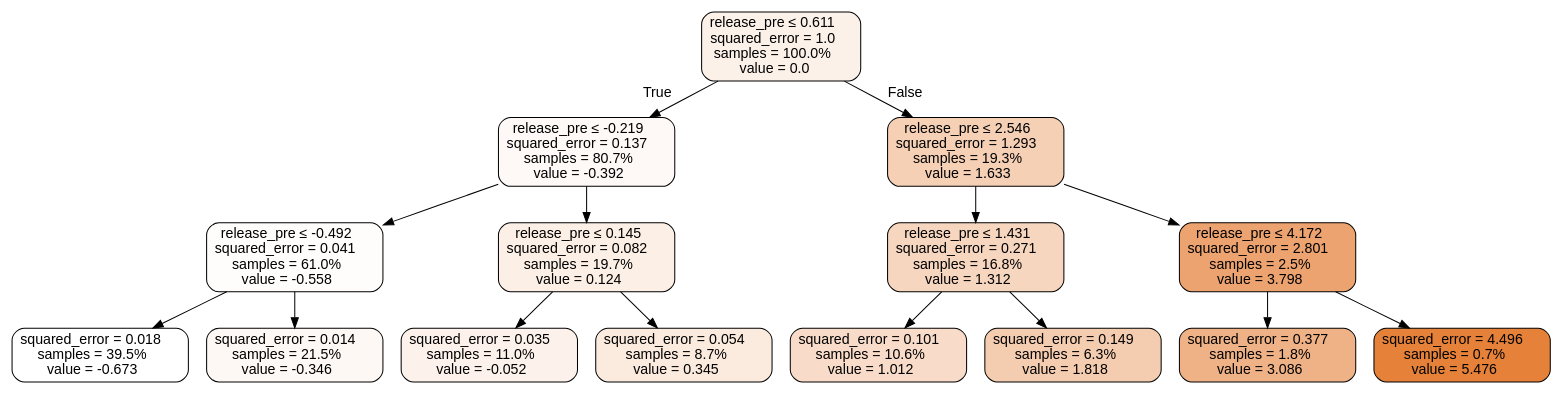
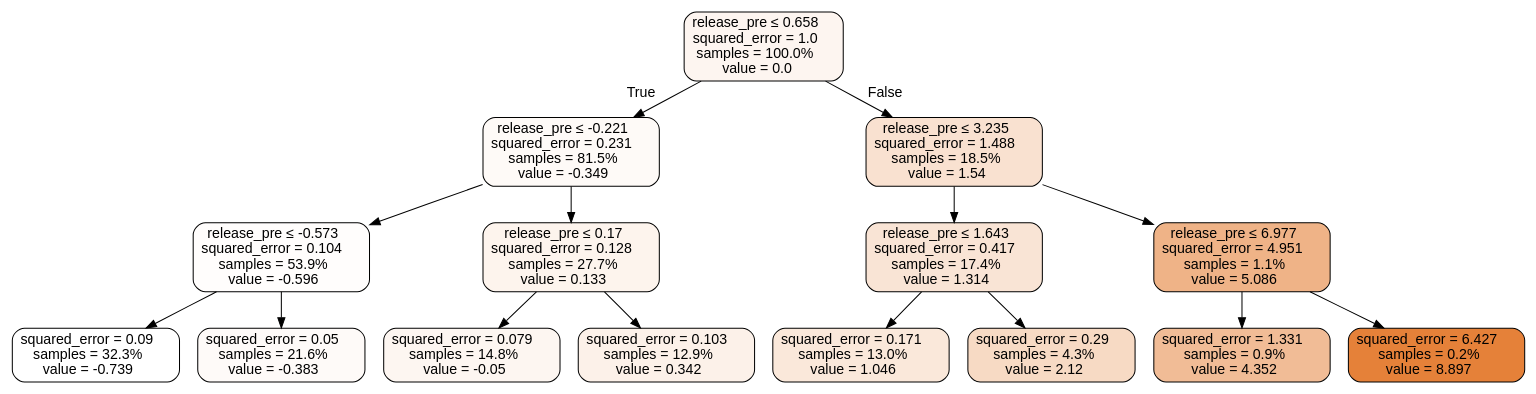
One commit to lcford2/predict-release changed the diagram in results/basin_eval/missouri/treed_model/tree.dot. Above: the diagram before and after it, drawn with Graphviz. The commit also changed 33 other files, not shown here.

```diff
--- a/results/basin_eval/missouri/treed_model/tree.dot
+++ b/results/basin_eval/missouri/treed_model/tree.dot
@@ -1,33 +1,33 @@
 digraph Tree {
 node [shape=box, style="filled, rounded", color="black", fontname="helvetica"] ;
 edge [fontname="helvetica"] ;
-0 [label=<release_pre &le; 0.611<br/>squared_error = 1.0<br/>samples = 100.0%<br/>value = 0.0>, fillcolor="#fcf1e9"] ;
-1 [label=<release_pre &le; -0.219<br/>squared_error = 0.137<br/>samples = 80.7%<br/>value = -0.392>, fillcolor="#fef9f6"] ;
+0 [label=<release_pre &le; 0.658<br/>squared_error = 1.0<br/>samples = 100.0%<br/>value = 0.0>, fillcolor="#fdf5f0"] ;
+1 [label=<release_pre &le; -0.221<br/>squared_error = 0.231<br/>samples = 81.5%<br/>value = -0.349>, fillcolor="#fefaf7"] ;
 0 -> 1 [labeldistance=2.5, labelangle=45, headlabel="True"] ;
-2 [label=<release_pre &le; -0.492<br/>squared_error = 0.041<br/>samples = 61.0%<br/>value = -0.558>, fillcolor="#fffdfb"] ;
+2 [label=<release_pre &le; -0.573<br/>squared_error = 0.104<br/>samples = 53.9%<br/>value = -0.596>, fillcolor="#fffdfc"] ;
 1 -> 2 ;
-3 [label=<squared_error = 0.018<br/>samples = 39.5%<br/>value = -0.673>, fillcolor="#ffffff"] ;
+3 [label=<squared_error = 0.09<br/>samples = 32.3%<br/>value = -0.739>, fillcolor="#ffffff"] ;
 2 -> 3 ;
-4 [label=<squared_error = 0.014<br/>samples = 21.5%<br/>value = -0.346>, fillcolor="#fef8f4"] ;
+4 [label=<squared_error = 0.05<br/>samples = 21.6%<br/>value = -0.383>, fillcolor="#fefaf8"] ;
 2 -> 4 ;
-5 [label=<release_pre &le; 0.145<br/>squared_error = 0.082<br/>samples = 19.7%<br/>value = 0.124>, fillcolor="#fcefe5"] ;
+5 [label=<release_pre &le; 0.17<br/>squared_error = 0.128<br/>samples = 27.7%<br/>value = 0.133>, fillcolor="#fdf4ed"] ;
 1 -> 5 ;
-6 [label=<squared_error = 0.035<br/>samples = 11.0%<br/>value = -0.052>, fillcolor="#fcf2eb"] ;
+6 [label=<squared_error = 0.079<br/>samples = 14.8%<br/>value = -0.05>, fillcolor="#fdf6f1"] ;
 5 -> 6 ;
-7 [label=<squared_error = 0.054<br/>samples = 8.7%<br/>value = 0.345>, fillcolor="#fbeade"] ;
+7 [label=<squared_error = 0.103<br/>samples = 12.9%<br/>value = 0.342>, fillcolor="#fcf1e9"] ;
 5 -> 7 ;
-8 [label=<release_pre &le; 2.546<br/>squared_error = 1.293<br/>samples = 19.3%<br/>value = 1.633>, fillcolor="#f5d0b5"] ;
+8 [label=<release_pre &le; 3.235<br/>squared_error = 1.488<br/>samples = 18.5%<br/>value = 1.54>, fillcolor="#f9e1d0"] ;
 0 -> 8 [labeldistance=2.5, labelangle=-45, headlabel="False"] ;
-9 [label=<release_pre &le; 1.431<br/>squared_error = 0.271<br/>samples = 16.8%<br/>value = 1.312>, fillcolor="#f7d6bf"] ;
+9 [label=<release_pre &le; 1.643<br/>squared_error = 0.417<br/>samples = 17.4%<br/>value = 1.314>, fillcolor="#f9e4d5"] ;
 8 -> 9 ;
-10 [label=<squared_error = 0.101<br/>samples = 10.6%<br/>value = 1.012>, fillcolor="#f8dcc9"] ;
+10 [label=<squared_error = 0.171<br/>samples = 13.0%<br/>value = 1.046>, fillcolor="#fae8da"] ;
 9 -> 10 ;
-11 [label=<squared_error = 0.149<br/>samples = 6.3%<br/>value = 1.818>, fillcolor="#f4ccaf"] ;
+11 [label=<squared_error = 0.29<br/>samples = 4.3%<br/>value = 2.12>, fillcolor="#f7dac4"] ;
 9 -> 11 ;
-12 [label=<release_pre &le; 4.172<br/>squared_error = 2.801<br/>samples = 2.5%<br/>value = 3.798>, fillcolor="#eca36f"] ;
+12 [label=<release_pre &le; 6.977<br/>squared_error = 4.951<br/>samples = 1.1%<br/>value = 5.086>, fillcolor="#efb387"] ;
 8 -> 12 ;
-13 [label=<squared_error = 0.377<br/>samples = 1.8%<br/>value = 3.086>, fillcolor="#efb286"] ;
+13 [label=<squared_error = 1.331<br/>samples = 0.9%<br/>value = 4.352>, fillcolor="#f1bc96"] ;
 12 -> 13 ;
-14 [label=<squared_error = 4.496<br/>samples = 0.7%<br/>value = 5.476>, fillcolor="#e58139"] ;
+14 [label=<squared_error = 6.427<br/>samples = 0.2%<br/>value = 8.897>, fillcolor="#e58139"] ;
 12 -> 14 ;
 }
```
